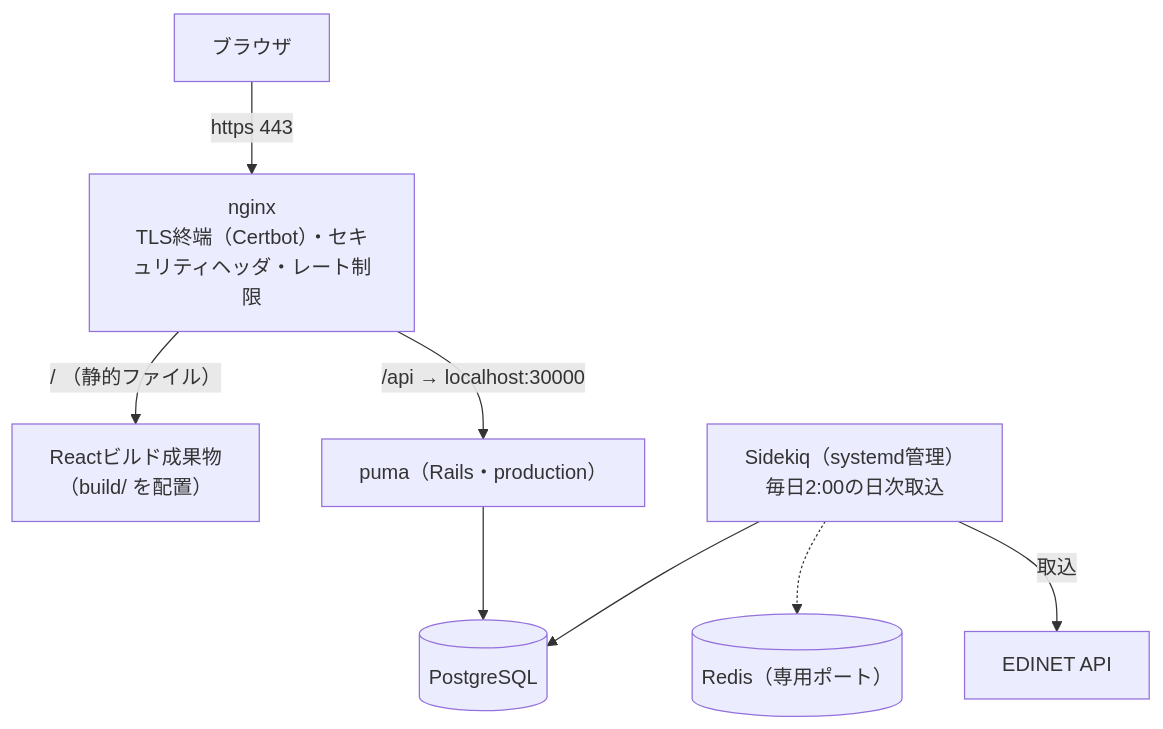
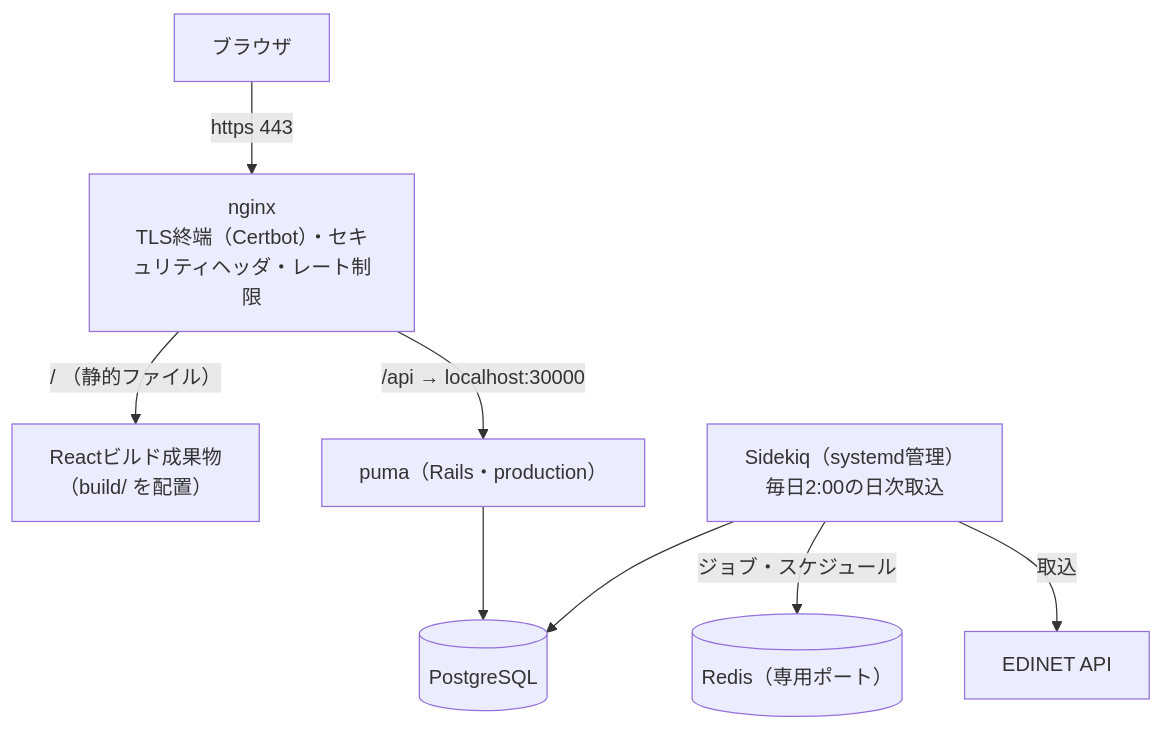
One commit to shin4488/financial-statement changed the second of 3 diagrams in docs/guide/05_development_operations.md. Above: the diagram before and after it, drawn with Mermaid. The commit also changed 2 other files, not shown here.

Commit message:
docs: 構成図のRedisへの線を、ジョブとスケジュールを表す実線にする
README・docs/guide/04・05の構成図では、Redisへの線だけが点線だったが、どの図にも点線の意味が書かれておらず、実線との違いを読み取れなかった。Redisが持つのは取込ジョブのキューとsidekiq-cronのスケジュールで、財務データではない。線の種類で区別する代わりに、実線にして「ジョブ・スケジュール」のラベルで流れるものを示す。

````diff
--- a/docs/guide/05_development_operations.md
+++ b/docs/guide/05_development_operations.md
@@ -73,10 +73,10 @@
 ```mermaid
 flowchart TB
     User["ブラウザ"] -->|https 443| Nginx["nginx<br>TLS終端（Certbot）・セキュリティヘッダ・レート制限"]
     Nginx -->|"/ （静的ファイル）"| Static["Reactビルド成果物<br>（build/ を配置）"]
     Nginx -->|"/api → localhost:30000"| Puma["puma（Rails・production）"]
     Puma --> PG[("PostgreSQL")]
     Sidekiq["Sidekiq（systemd管理）<br>毎日2:00の日次取込"] --> PG
-    Sidekiq -.-> Redis[("Redis（専用ポート）")]
+    Sidekiq -->|"ジョブ・スケジュール"| Redis[("Redis（専用ポート）")]
     Sidekiq -->|"取込"| EDINET["EDINET API"]
 ```
````
